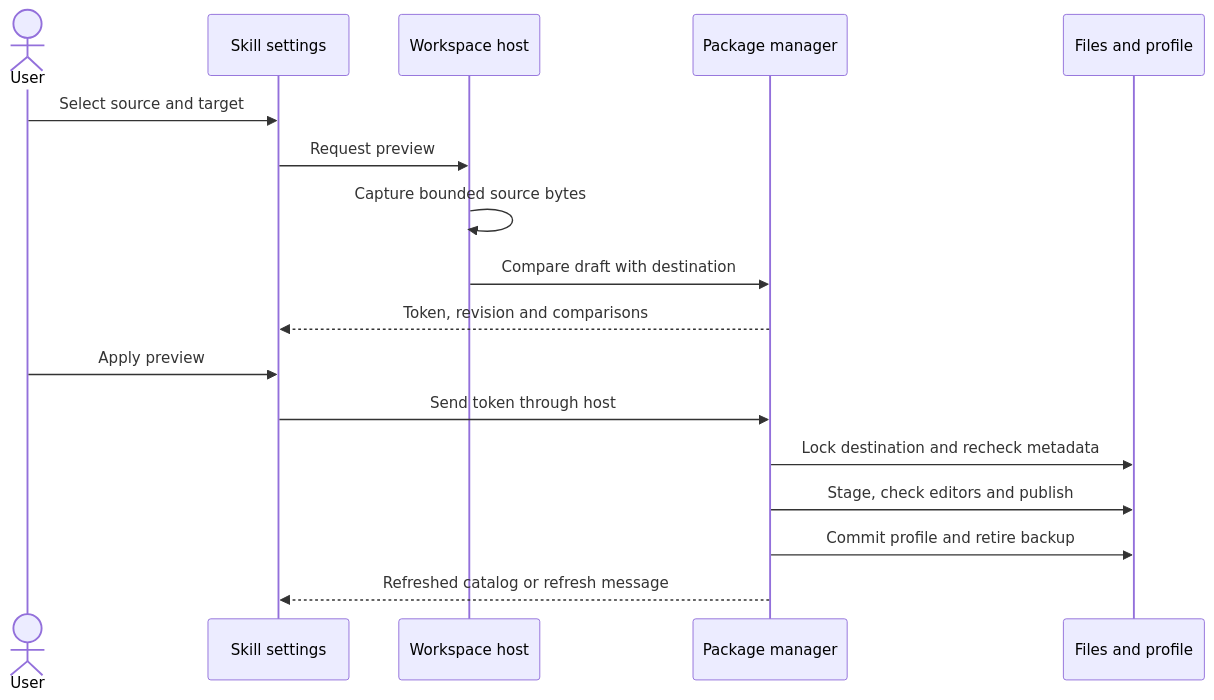
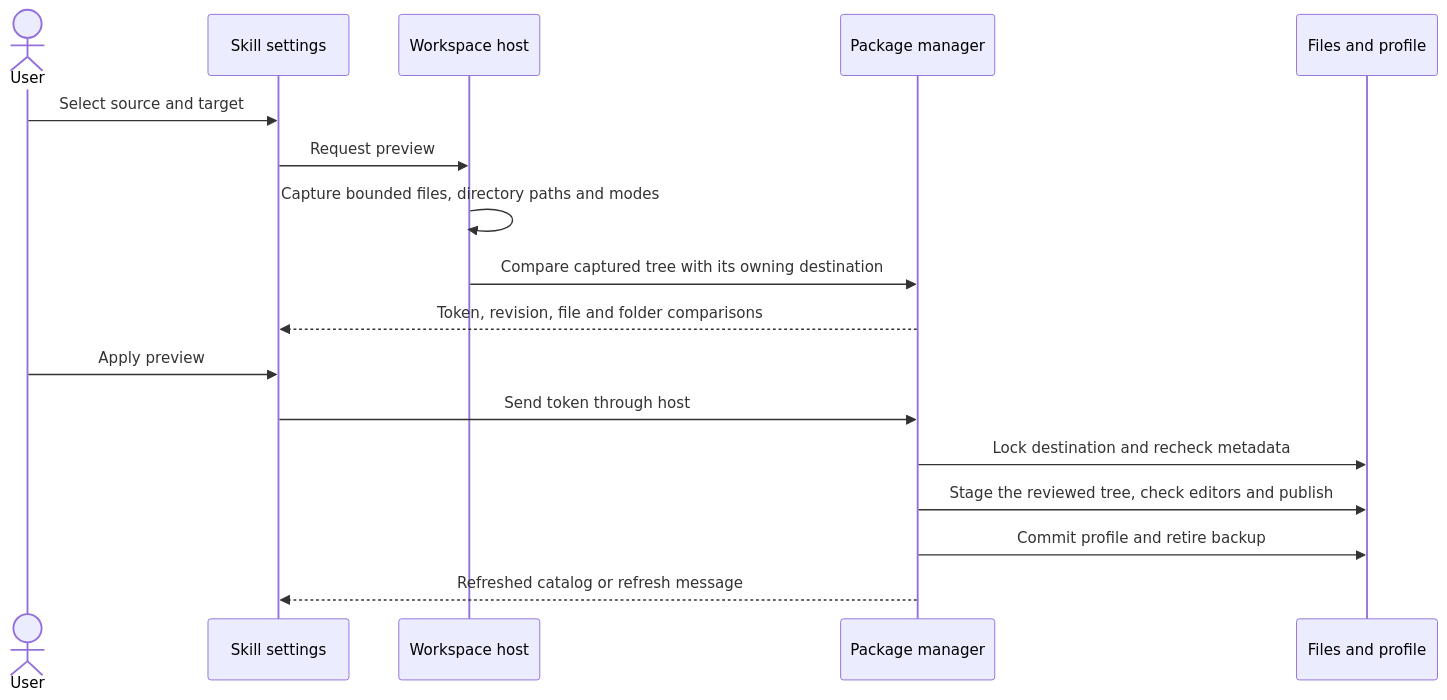
Before and after one commit to danceroutine/Glyph: the seventh of 10 diagrams in docs/AGENT_INSTRUCTIONS.md, drawn with Mermaid. The commit also changed other lines of this file, not shown here.

Commit message:
Document skill tree reviews, shared ownership and admission recovery

````diff
--- a/docs/AGENT_INSTRUCTIONS.md
+++ b/docs/AGENT_INSTRUCTIONS.md
@@ -314,20 +319,20 @@
 ```mermaid
 sequenceDiagram
     actor User
     participant UI as Skill settings
     participant Host as Workspace host
     participant Manager as Package manager
     participant Store as Files and profile
 
     User->>UI: Select source and target
     UI->>Host: Request preview
-    Host->>Host: Capture bounded source bytes
-    Host->>Manager: Compare draft with destination
-    Manager-->>UI: Token, revision and comparisons
+    Host->>Host: Capture bounded files, directory paths and modes
+    Host->>Manager: Compare captured tree with its owning destination
+    Manager-->>UI: Token, revision, file and folder comparisons
     User->>UI: Apply preview
     UI->>Manager: Send token through host
     Manager->>Store: Lock destination and recheck metadata
-    Manager->>Store: Stage, check editors and publish
+    Manager->>Store: Stage the reviewed tree, check editors and publish
     Manager->>Store: Commit profile and retire backup
     Manager-->>UI: Refreshed catalog or refresh message
 ```
````
